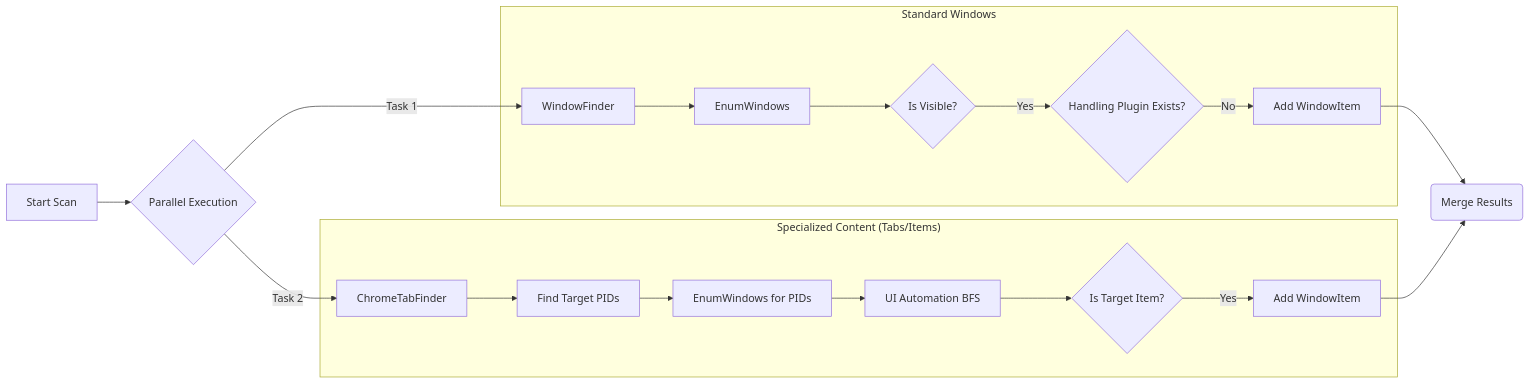
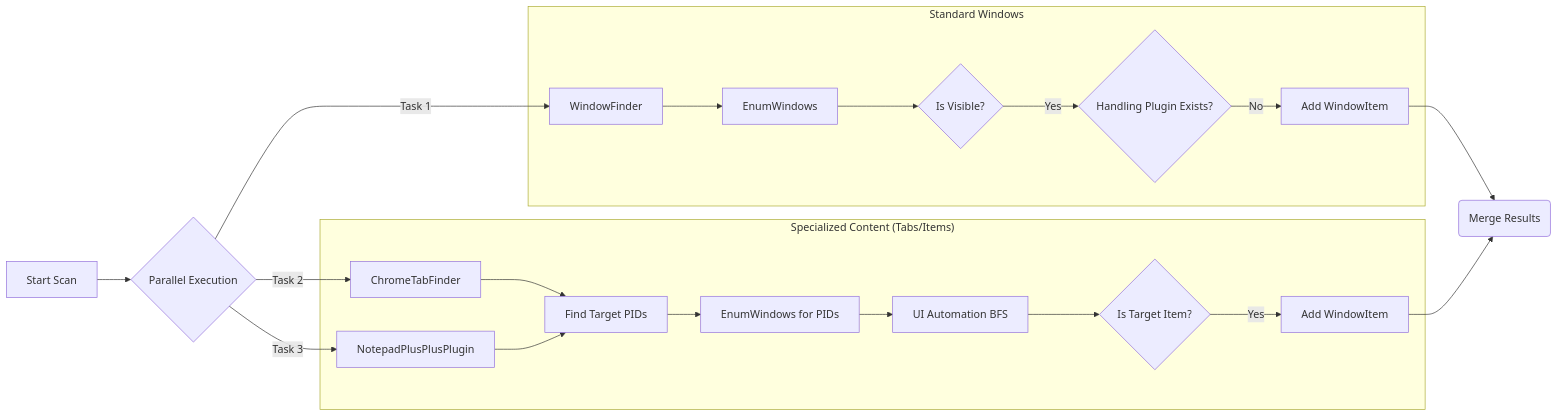
One commit to jamesericwong/switchblade changed the second of 3 diagrams in README.md. Above: the diagram before and after it, drawn with Mermaid. The commit also changed other lines of this file and 12 other files, not shown here.

Commit message:
Add Notepad++ plugin for tab discovery

````diff
--- a/README.md
+++ b/README.md
@@ -82,24 +84,26 @@
 ```mermaid
 flowchart LR
     Start[Start Scan] --> Parallel{Parallel Execution}
     Parallel -->|Task 1| WF[WindowFinder]
     Parallel -->|Task 2| CTF[ChromeTabFinder]
+    Parallel -->|Task 3| NPP[NotepadPlusPlusPlugin]
     
     subgraph "Standard Windows"
         WF --> Enum[EnumWindows]
         Enum --> Filter{Is Visible?}
         Filter -- Yes --> Exclude{Handling Plugin Exists?}
         Exclude -- No --> Result1[Add WindowItem]
     end
 
     subgraph "Specialized Content (Tabs/Items)"
         CTF --> FindProcess[Find Target PIDs]
+        NPP --> FindProcess
         FindProcess --> Enum2[EnumWindows for PIDs]
         Enum2 --> BFS[UI Automation BFS]
         BFS --> Tab{Is Target Item?}
         Tab -- Yes --> Result2[Add WindowItem]
     end
 
     Result1 --> Merge(Merge Results)
     Result2 --> Merge
 ```
````
